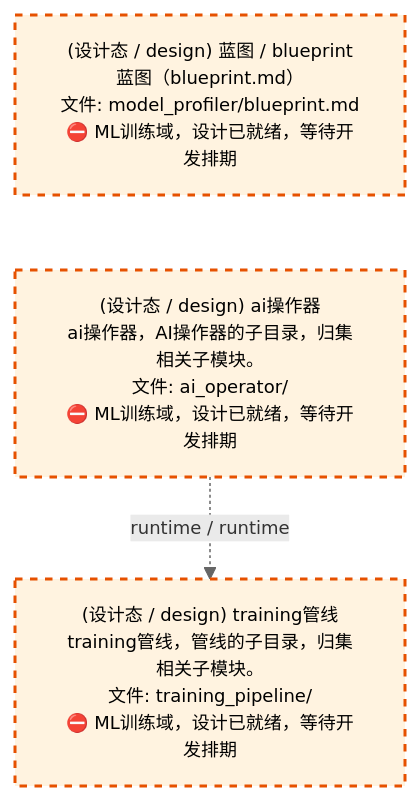
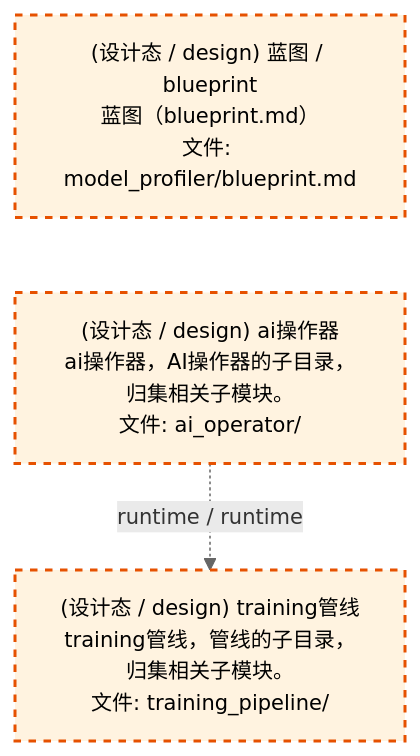
The third of 4 diagrams in docs/02_enterprise_architecture/02_domain_architecture_docs/61_d_ml_train.md (xuanFelixVan/ZephyrAlpha), drawn with Mermaid before and after one commit. The commit also changed other lines of this file and 61 other files, not shown here.

````diff
--- a/docs/02_enterprise_architecture/02_domain_architecture_docs/61_d_ml_train.md
+++ b/docs/02_enterprise_architecture/02_domain_architecture_docs/61_d_ml_train.md
@@ -119,14 +119,14 @@
 ```mermaid
-%%{init: {'theme': 'base', 'themeVariables': {'primaryColor': '#eaeaea', 'primaryTextColor': '#333333', 'primaryBorderColor': '#666666', 'lineColor': '#666666', 'secondaryColor': '#eaeaea', 'tertiaryColor': '#eaeaea', 'fontSize': '12px'}}}%%
+%%{init: {'theme': 'base', 'themeVariables': {'primaryColor': '#eaeaea', 'primaryTextColor': '#333333', 'primaryBorderColor': '#666666', 'lineColor': '#666666', 'secondaryColor': '#eaeaea', 'tertiaryColor': '#eaeaea', 'fontSize': '14px'}}}%%
 flowchart TD
-    docs_03_modules_cross_layer_model_profiler_blueprint_md["(设计态 / design) 蓝图 / blueprint<br/>蓝图（blueprint.md）<br/>文件: model_profiler/blueprint.md<br/>⛔ ML训练域，设计已就绪，等待开发排期"]
-    src_zephyr_ml_train_ai_operator["(设计态 / design) ai操作器<br/>ai操作器，AI操作器的子目录，归集相关子模块。<br/>文件: ai_operator/<br/>⛔ ML训练域，设计已就绪，等待开发排期"]
+    docs_03_modules_cross_layer_model_profiler_blueprint_md["(设计态 / design) 蓝图 / blueprint<br/>蓝图（blueprint.md）<br/>文件: model_profiler/blueprint.md"]
+    src_zephyr_ml_train_ai_operator["(设计态 / design) ai操作器<br/>ai操作器，AI操作器的子目录，归集相关子模块。<br/>文件: ai_operator/"]
     docs_03_modules_cross_layer_model_profiler_blueprint_md ~~~ src_zephyr_ml_train_ai_operator
-    src_zephyr_ml_train_training_pipeline["(设计态 / design) training管线<br/>training管线，管线的子目录，归集相关子模块。<br/>文件: training_pipeline/<br/>⛔ ML训练域，设计已就绪，等待开发排期"]
+    src_zephyr_ml_train_training_pipeline["(设计态 / design) training管线<br/>training管线，管线的子目录，归集相关子模块。<br/>文件: training_pipeline/"]
     src_zephyr_ml_train_ai_operator -.->|runtime / runtime| src_zephyr_ml_train_training_pipeline
     classDef production fill:#e1f5fe,stroke:#01579b,stroke-width:2px,color:#000
     classDef design fill:#fff3e0,stroke:#e65100,stroke-width:2px,color:#000,stroke-dasharray: 5 5
     classDef external_prod fill:#e8f4fd,stroke:#0277bd,stroke-width:1px,color:#000
     classDef external_design fill:#fff8e7,stroke:#ef6c00,stroke-width:1px,color:#000,stroke-dasharray: 5 5
     class docs_03_modules_cross_layer_model_profiler_blueprint_md,src_zephyr_ml_train_ai_operator,src_zephyr_ml_train_training_pipeline design
 ```
````
